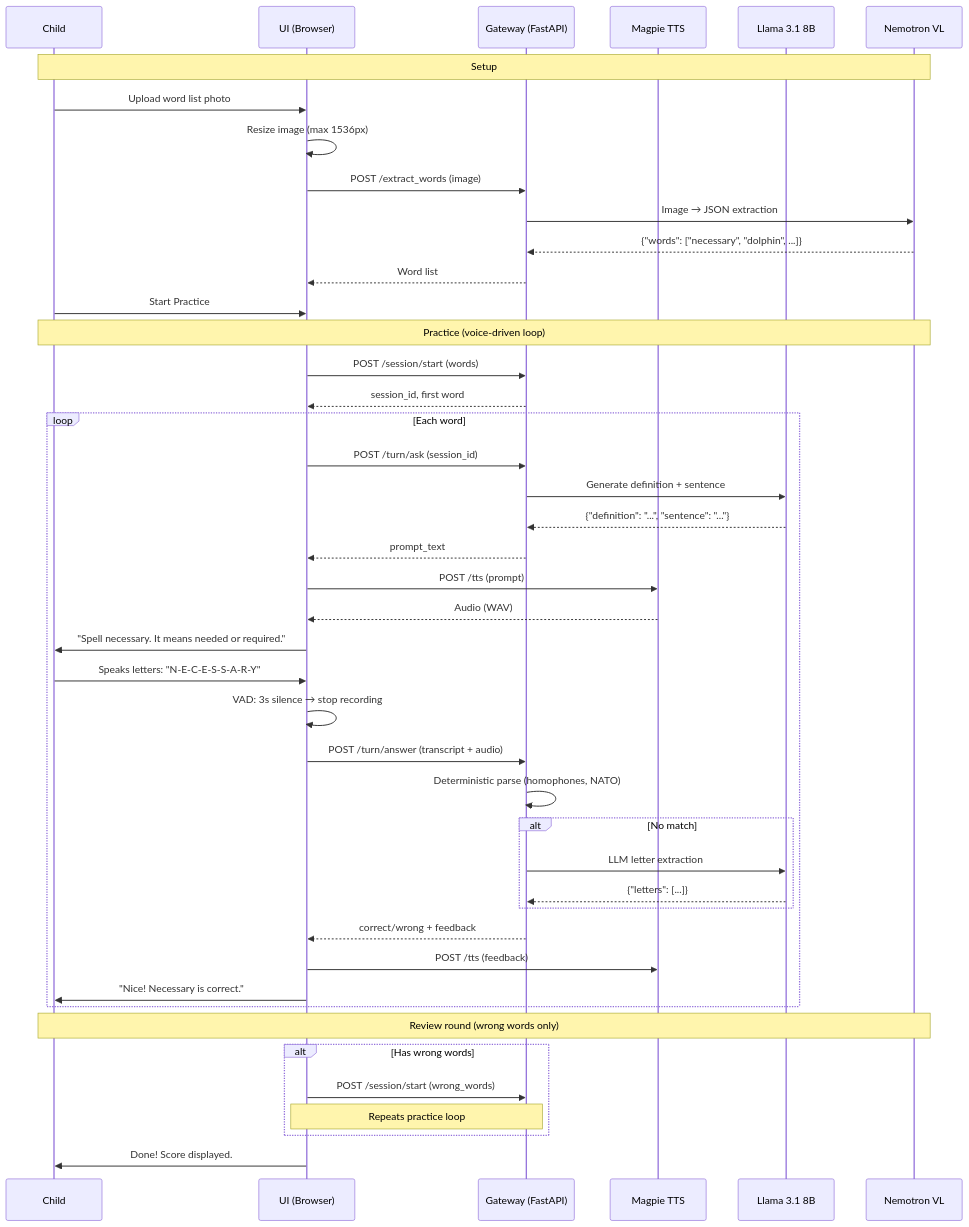
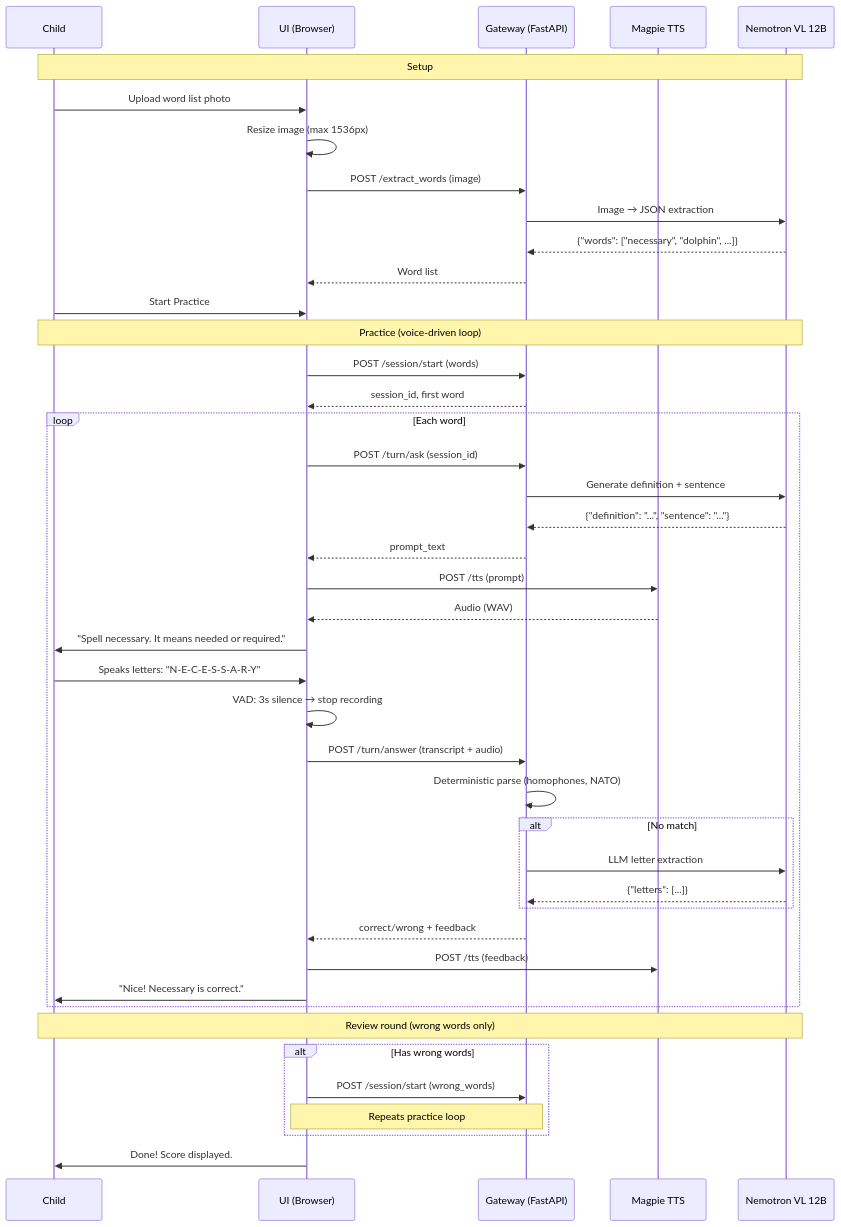
The diagram in README.md (elizabetht/spellingbee-mvp), drawn with Mermaid before and after one commit. The commit also changed other lines of this file and 3 other files, not shown here.

````diff
--- a/README.md
+++ b/README.md
@@ -46,52 +45,51 @@
 ```mermaid
 sequenceDiagram
     participant Child
     participant Browser as UI (Browser)
     participant GW as Gateway (FastAPI)
     participant TTS as Magpie TTS
-    participant TextLLM as Llama 3.1 8B
-    participant VL as Nemotron VL
+    participant LLM as Nemotron VL 12B
 
-    Note over Child, VL: Setup
+    Note over Child, LLM: Setup
     Child->>Browser: Upload word list photo
     Browser->>Browser: Resize image (max 1536px)
     Browser->>GW: POST /extract_words (image)
-    GW->>VL: Image → JSON extraction
-    VL-->>GW: {"words": ["necessary", "dolphin", ...]}
+    GW->>LLM: Image → JSON extraction
+    LLM-->>GW: {"words": ["necessary", "dolphin", ...]}
     GW-->>Browser: Word list
     Child->>Browser: Start Practice
 
-    Note over Child, VL: Practice (voice-driven loop)
+    Note over Child, LLM: Practice (voice-driven loop)
     Browser->>GW: POST /session/start (words)
     GW-->>Browser: session_id, first word
 
     loop Each word
         Browser->>GW: POST /turn/ask (session_id)
-        GW->>TextLLM: Generate definition + sentence
-        TextLLM-->>GW: {"definition": "...", "sentence": "..."}
+        GW->>LLM: Generate definition + sentence
+        LLM-->>GW: {"definition": "...", "sentence": "..."}
         GW-->>Browser: prompt_text
         Browser->>TTS: POST /tts (prompt)
         TTS-->>Browser: Audio (WAV)
         Browser->>Child: "Spell necessary. It means needed or required."
 
         Child->>Browser: Speaks letters: "N-E-C-E-S-S-A-R-Y"
         Browser->>Browser: VAD: 3s silence → stop recording
         Browser->>GW: POST /turn/answer (transcript + audio)
         GW->>GW: Deterministic parse (homophones, NATO)
         alt No match
-            GW->>TextLLM: LLM letter extraction
-            TextLLM-->>GW: {"letters": [...]}
+            GW->>LLM: LLM letter extraction
+            LLM-->>GW: {"letters": [...]}
         end
         GW-->>Browser: correct/wrong + feedback
         Browser->>TTS: POST /tts (feedback)
         Browser->>Child: "Nice! Necessary is correct."
     end
 
-    Note over Child, VL: Review round (wrong words only)
+    Note over Child, LLM: Review round (wrong words only)
     alt Has wrong words
         Browser->>GW: POST /session/start (wrong_words)
         Note over Browser, GW: Repeats practice loop
     end
 
     Browser->>Child: Done! Score displayed.
 ```
````
